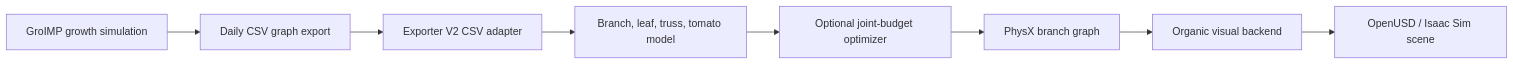
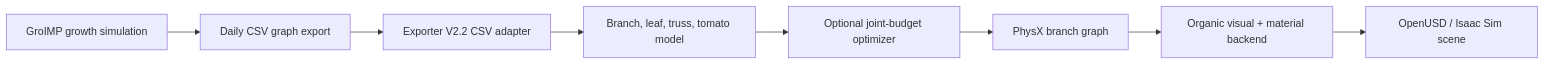
Before and after one commit to aledevv/autotom_digital_twin: the diagram in README.md, drawn with Mermaid. The commit also changed other lines of this file, not shown here.

Commit message:
docs: present realism upgrade as Exporter v2.2

````diff
--- a/README.md
+++ b/README.md
@@ -41,10 +94,10 @@
 ```mermaid
 graph LR
     A[GroIMP growth simulation] --> B[Daily CSV graph export]
-    B --> C[Exporter V2 CSV adapter]
+    B --> C[Exporter V2.2 CSV adapter]
     C --> D[Branch, leaf, truss, tomato model]
     D --> E[Optional joint-budget optimizer]
     E --> F[PhysX branch graph]
-    F --> G[Organic visual backend]
+    F --> G[Organic visual + material backend]
     G --> H[OpenUSD / Isaac Sim scene]
 ```
````
